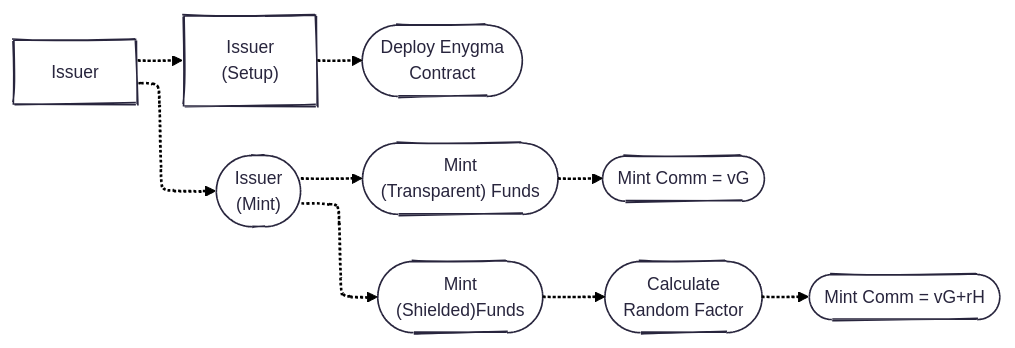
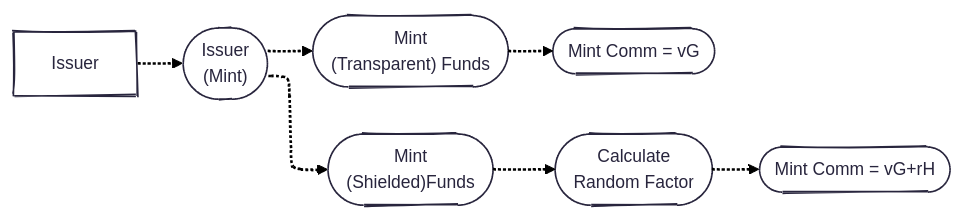
The third of 8 diagrams in enygma_payments/README.md (raylsnetwork/Enygma), drawn with Mermaid before and after one commit. The commit also changed other lines of this file, not shown here.

````diff
--- a/enygma_payments/README.md
+++ b/enygma_payments/README.md
@@ -39,32 +65,27 @@
 ```mermaid
 ---
 config:
   theme: redux
   layout: elk
   look: handDrawn
 ---
 flowchart LR
 
     %% Entities
     issuer["Issuer"]
 
-    %% I (Setup)
-    i_setup["Issuer<br>(Setup)"]
-    deploy(["Deploy Enygma<br>Contract"])
-
     %% I (Mint)
     i_mint(["Issuer<br>(Mint)"])
     mint_transparent(["Mint<br>(Transparent) Funds"])
     mint_ttx(["Mint Comm = vG"])
     mint_shield(["Mint<br>(Shielded)Funds"])
     calculate_r(["Calculate<br>Random Factor"])
     mint_stx(["Mint Comm = vG+rH"])
 
 
     %% Flow Connections
-    issuer -.-> i_setup & i_mint
-    i_setup -.-> deploy
+    issuer -.->  i_mint
     i_mint -.-> mint_transparent -.-> mint_ttx
     i_mint -.-> mint_shield -.-> calculate_r -.-> mint_stx
 
 ```
````
